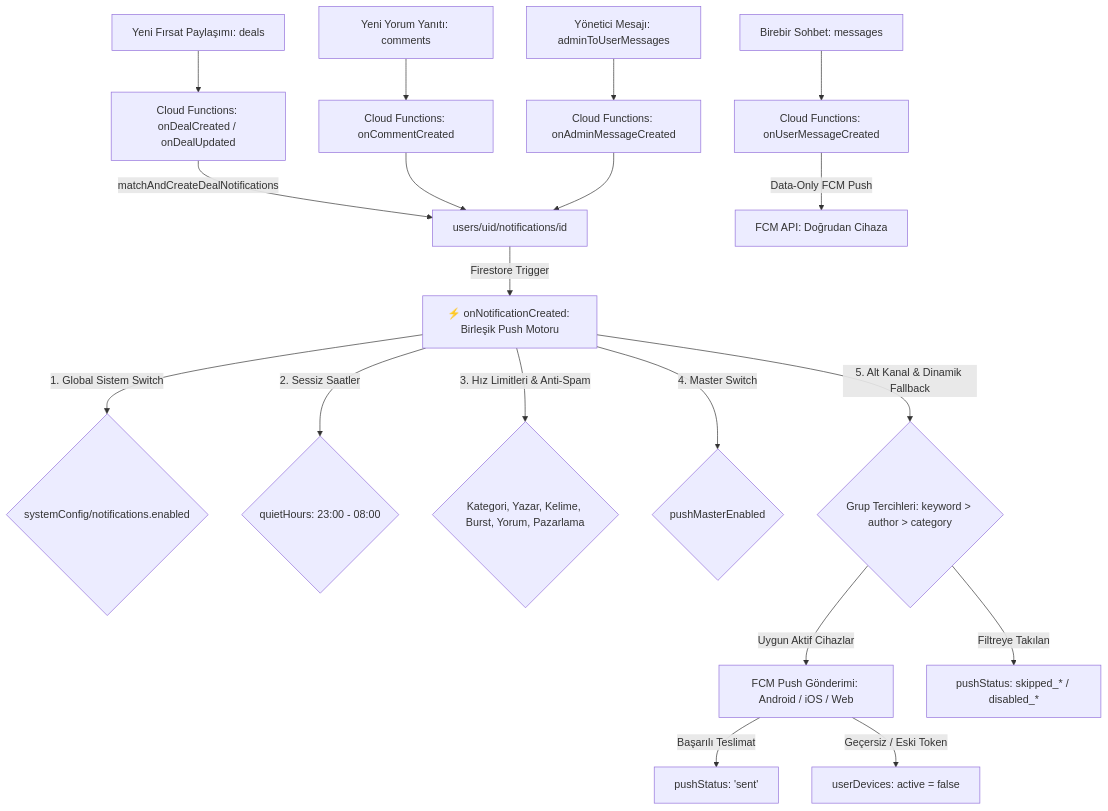
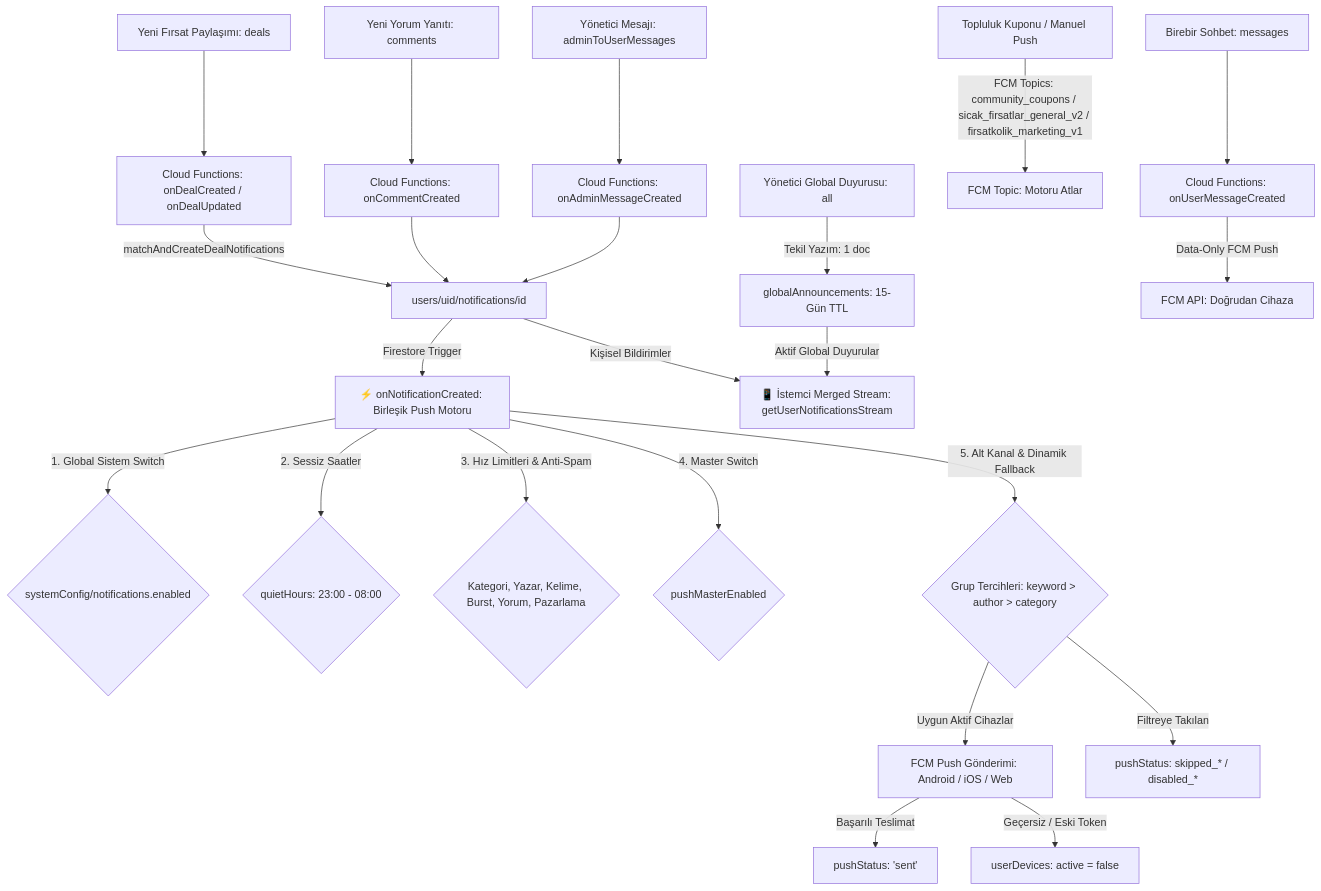
Before and after one commit to gky61/s-cak-f-rsatlar: the first of 2 diagrams in documentation/bildirimler/bildirim_sistemi_rehberi.md, drawn with Mermaid. The commit also changed other lines of this file and 2 other files, not shown here.

Commit message:
docs(coupons-notifications): sync documentation for dual-layer feed, admin push and full parity rules

````diff
--- a/documentation/bildirimler/bildirim_sistemi_rehberi.md
+++ b/documentation/bildirimler/bildirim_sistemi_rehberi.md
@@ -37,29 +37,35 @@
 ```mermaid
 graph TD
     %% Katman 1: Kaynak Olaylar
     A1[Yeni Fırsat Paylaşımı: deals] --> B[Cloud Functions: onDealCreated / onDealUpdated]
     A2[Yeni Yorum Yanıtı: comments] --> B2[Cloud Functions: onCommentCreated]
     A3[Yönetici Mesajı: adminToUserMessages] --> B3[Cloud Functions: onAdminMessageCreated]
     A4[Birebir Sohbet: messages] --> B4[Cloud Functions: onUserMessageCreated]
+    A5[Topluluk Kuponu / Manuel Push] -->|FCM Topics: community_coupons / sicak_firsatlar_general_v2 / firsatkolik_marketing_v1| FCMTopic[FCM Topic: Motoru Atlar]
+    A6[Yönetici Global Duyurusu: all] -->|Tekil Yazım: 1 doc| GAnnounce[globalAnnouncements: 15-Gün TTL]
     
     %% Katman 2: Veritabanı Dokümanı & Eşleşme
     B -->|matchAndCreateDealNotifications| C[users/uid/notifications/id]
     B2 --> C
     B3 --> C
     B4 -->|Data-Only FCM Push| FCMDirect[FCM API: Doğrudan Cihaza]
     
     %% Katman 3: Birleşik Bildirim Motoru
     C -->|Firestore Trigger| Engine[⚡ onNotificationCreated: Birleşik Push Motoru]
     
     Engine -->|1. Global Sistem Switch| F1{systemConfig/notifications.enabled}
     Engine -->|2. Sessiz Saatler| F2{quietHours: 23:00 - 08:00}
     Engine -->|3. Hız Limitleri & Anti-Spam| F3{Kategori, Yazar, Kelime, Burst, Yorum, Pazarlama}
     Engine -->|4. Master Switch| F4{pushMasterEnabled}
     Engine -->|5. Alt Kanal & Dinamik Fallback| F5{Grup Tercihleri: keyword > author > category}
     
     F5 -->|Uygun Aktif Cihazlar| Push[FCM Push Gönderimi: Android / iOS / Web]
     F5 -->|Filtreye Takılan| Skip[pushStatus: skipped_* / disabled_*]
     
     Push -->|Başarılı Teslimat| Sent[pushStatus: 'sent']
     Push -->|Geçersiz / Eski Token| Inactive[userDevices: active = false]
+
+    %% Katman 4: Dual-Layer In-App Feed
+    C -->|Kişisel Bildirimler| Feed[📱 İstemci Merged Stream: getUserNotificationsStream]
+    GAnnounce -->|Aktif Global Duyurular| Feed
 ```
````
